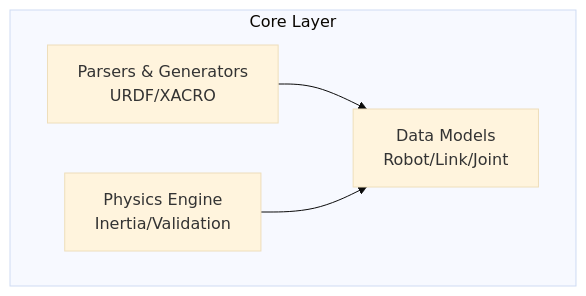
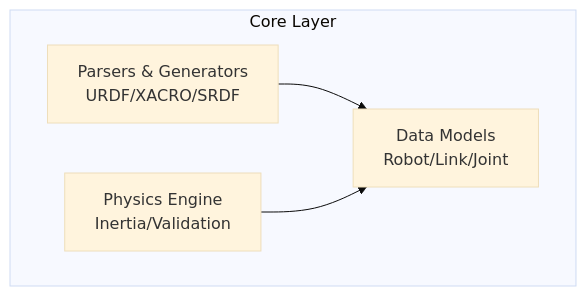
Before and after one commit to arounamounchili/linkforge: the second of 3 diagrams in ARCHITECTURE.md, drawn with Mermaid (base theme). The commit also changed other lines of this file, not shown here.

Commit message:
docs: include SRDF in architecture data flow

````diff
--- a/ARCHITECTURE.md
+++ b/ARCHITECTURE.md
@@ -32,10 +32,10 @@
 ```mermaid
 graph TB
     subgraph "Core Layer"
         Models[Data Models<br/>Robot/Link/Joint]
         Physics[Physics Engine<br/>Inertia/Validation]
-        IO[Parsers & Generators<br/>URDF/XACRO]
+        IO[Parsers & Generators<br/>URDF/XACRO/SRDF]
     end
     IO --> Models
     Physics --> Models
 ```
````
